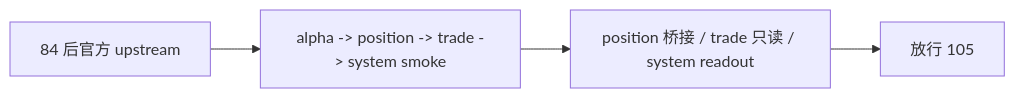
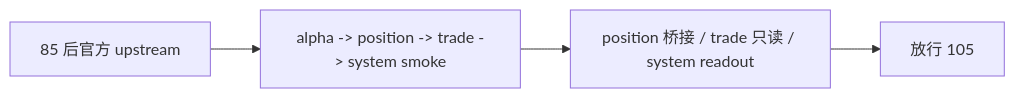
One commit to everything-is-simple/lifespan-0.01 changed the diagram in docs/03-execution/104-mainline-real-data-smoke-regression-conclusion-20260411.md. Above: the diagram before and after it, drawn with Mermaid. The commit also changed other lines of this file and 59 other files, not shown here.

````diff
--- a/docs/03-execution/104-mainline-real-data-smoke-regression-conclusion-20260411.md
+++ b/docs/03-execution/104-mainline-real-data-smoke-regression-conclusion-20260411.md
@@ -28,6 +28,6 @@
 ```mermaid
 flowchart LR
-    U["84 后官方 upstream"] --> A["alpha -> position -> trade -> system smoke"]
+    U["85 后官方 upstream"] --> A["alpha -> position -> trade -> system smoke"]
     A --> V["position 桥接 / trade 只读 / system readout"]
     V --> N["放行 105"]
 ```
````
